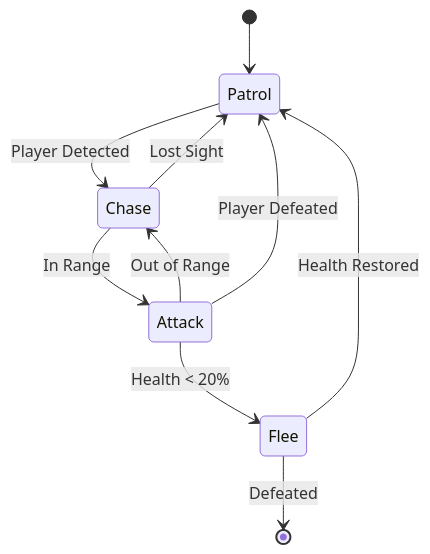
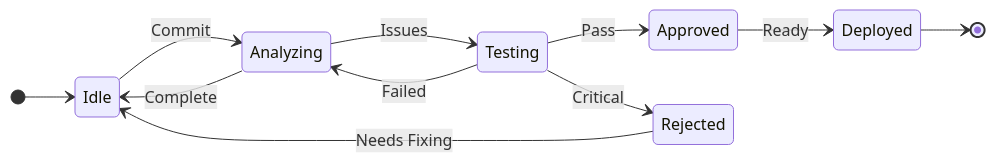
Before and after one commit to Algiras/vs-zinios-conference-2025-11-18: the fourth of 13 diagrams in slides/presentation.md, drawn with Mermaid. The commit also changed other lines of this file and 11 other files, not shown here.

````diff
--- a/slides/presentation.md
+++ b/slides/presentation.md
@@ -174,15 +268,15 @@
 ```mermaid
 stateDiagram-v2
-    [*] --> Patrol
+    direction LR
+    [*] --> Idle
     
-    Patrol --> Chase: Player Detected
-    Chase --> Patrol: Lost Sight
-    Chase --> Attack: In Range
-    
-    Attack --> Chase: Out of Range
-    Attack --> Flee: Health < 20%
-    Attack --> Patrol: Player Defeated
-    
-    Flee --> Patrol: Health Restored
-    Flee --> [*]: Defeated
+    Idle --> Analyzing: Commit
+    Analyzing --> Idle: Complete
+    Analyzing --> Testing: Issues
+    Testing --> Analyzing: Failed
+    Testing --> Approved: Pass
+    Testing --> Rejected: Critical
+    Approved --> Deployed: Ready
+    Deployed --> [*]
+    Rejected --> Idle: Needs Fixing
 ```
````
